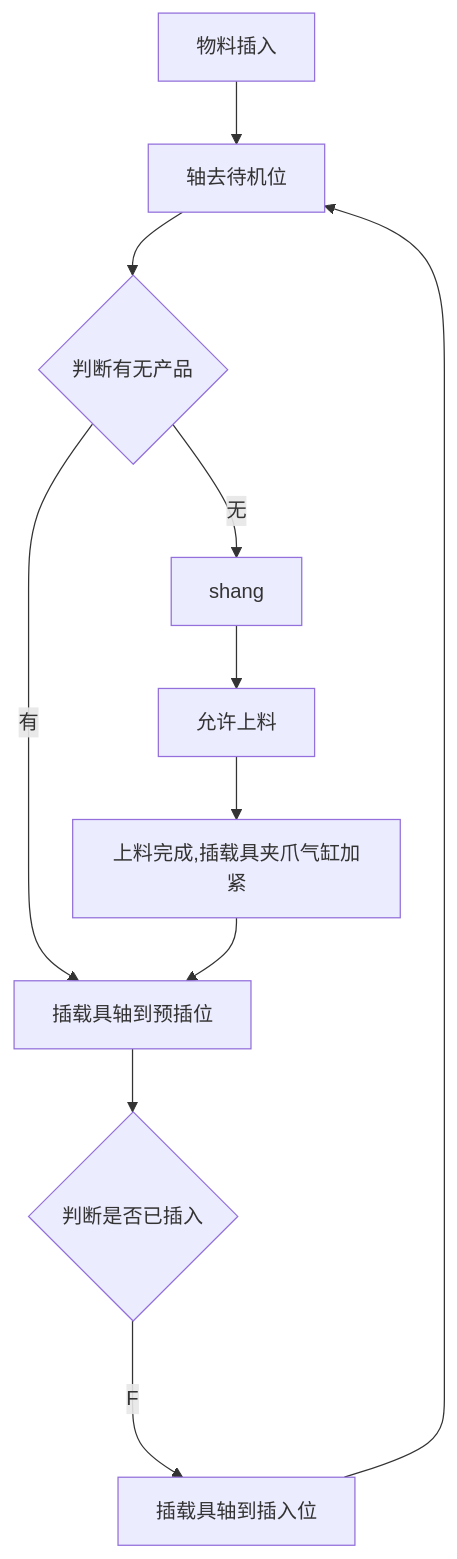
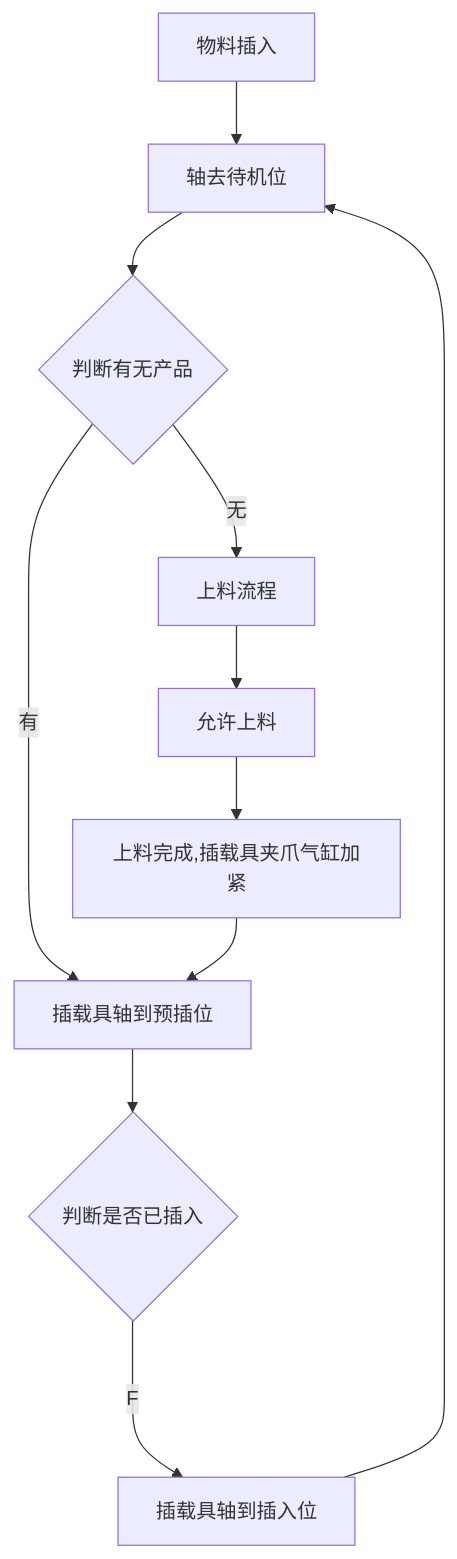
Before and after one commit to zmq000/iodraw-files: the diagram in all/VR-OP90物料插入.md, drawn with Mermaid.

Commit message:
2026-06-18 16:04:15 update

````diff
--- a/all/VR-OP90物料插入.md
+++ b/all/VR-OP90物料插入.md
@@ -1,13 +1,13 @@
 ```mermaid
 graph TD
 0[物料插入]-->10
 10[轴去待机位]-->20
 20{判断有无产品}-->|无|30
 20--->|有|60
-30[shang]-->40
+30[上料流程]-->40
 40[允许上料]-->50
 50[上料完成,插载具夹爪气缸加紧]-->60
 60[插载具轴到预插位]-->70
 70{判断是否已插入}--->|F|80
 80[插载具轴到插入位]-->10
 ```
````
